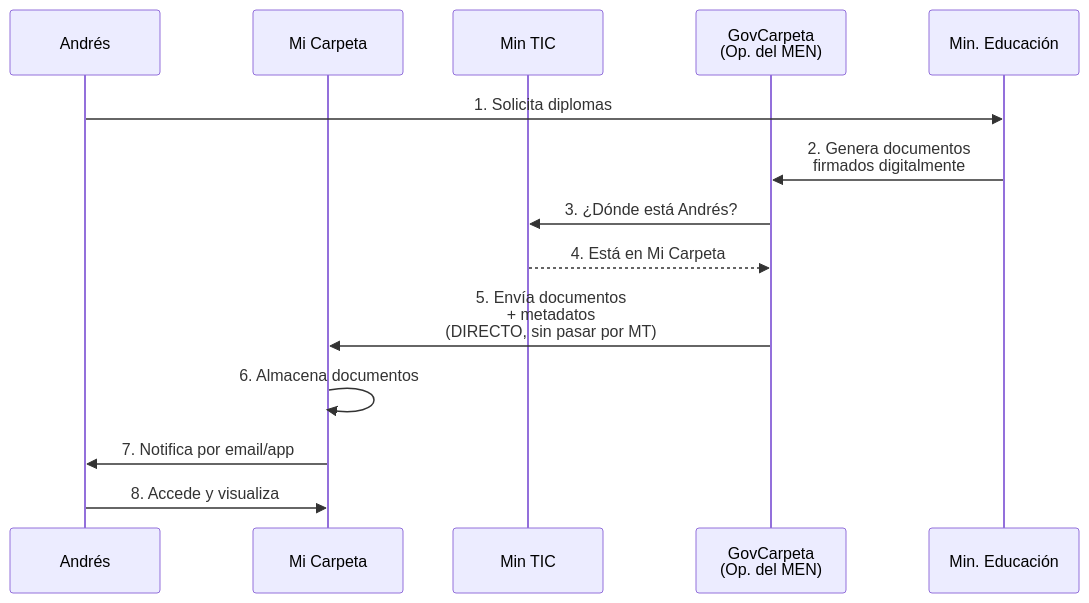
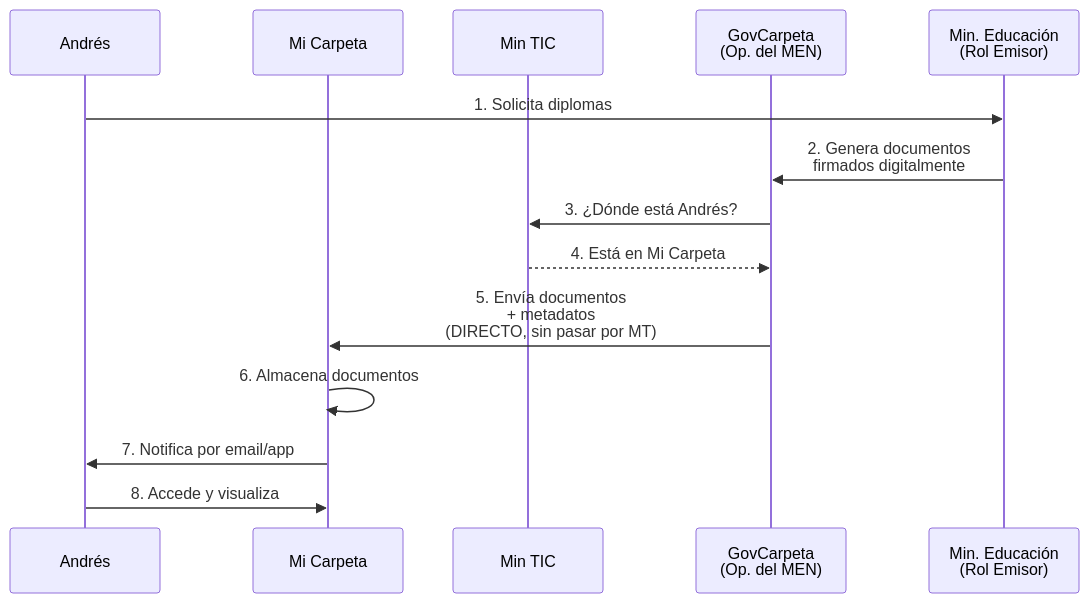
One commit to edwaraco/carpetaCiudadana changed the second of 4 diagrams in docs/informacion_cruda/analisis.md. Above: the diagram before and after it, drawn with Mermaid. The commit also changed other lines of this file and 5 other files, not shown here.

First line of the commit message:
feat(Architecture): Add diagram drafts for system and container Levels

````diff
--- a/docs/informacion_cruda/analisis.md
+++ b/docs/informacion_cruda/analisis.md
@@ -72,17 +70,17 @@
 ```mermaid
 sequenceDiagram
     participant A as Andrés
     participant MC as Mi Carpeta
     participant MT as Min TIC
     participant GC as GovCarpeta<br/>(Op. del MEN)
-    participant MEN as Min. Educación
-    
+    participant MEN as Min. Educación<br/>(Rol Emisor)
+
     A->>MEN: 1. Solicita diplomas
     MEN->>GC: 2. Genera documentos<br/>firmados digitalmente
     GC->>MT: 3. ¿Dónde está Andrés?
     MT-->>GC: 4. Está en Mi Carpeta
     GC->>MC: 5. Envía documentos<br/>+ metadatos<br/>(DIRECTO, sin pasar por MT)
     MC->>MC: 6. Almacena documentos
     MC->>A: 7. Notifica por email/app
     A->>MC: 8. Accede y visualiza
 ```
````
